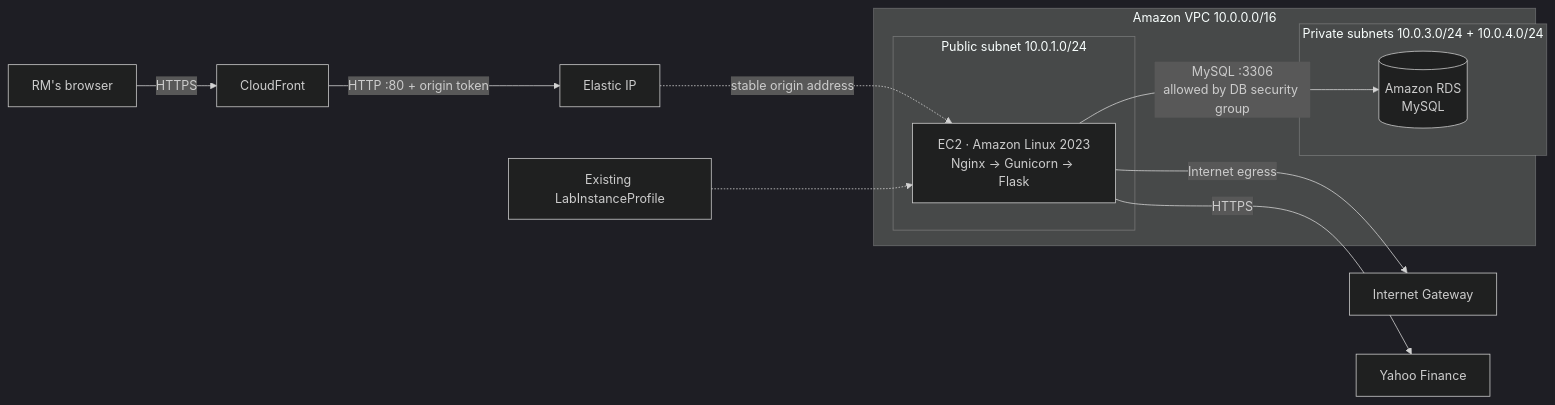
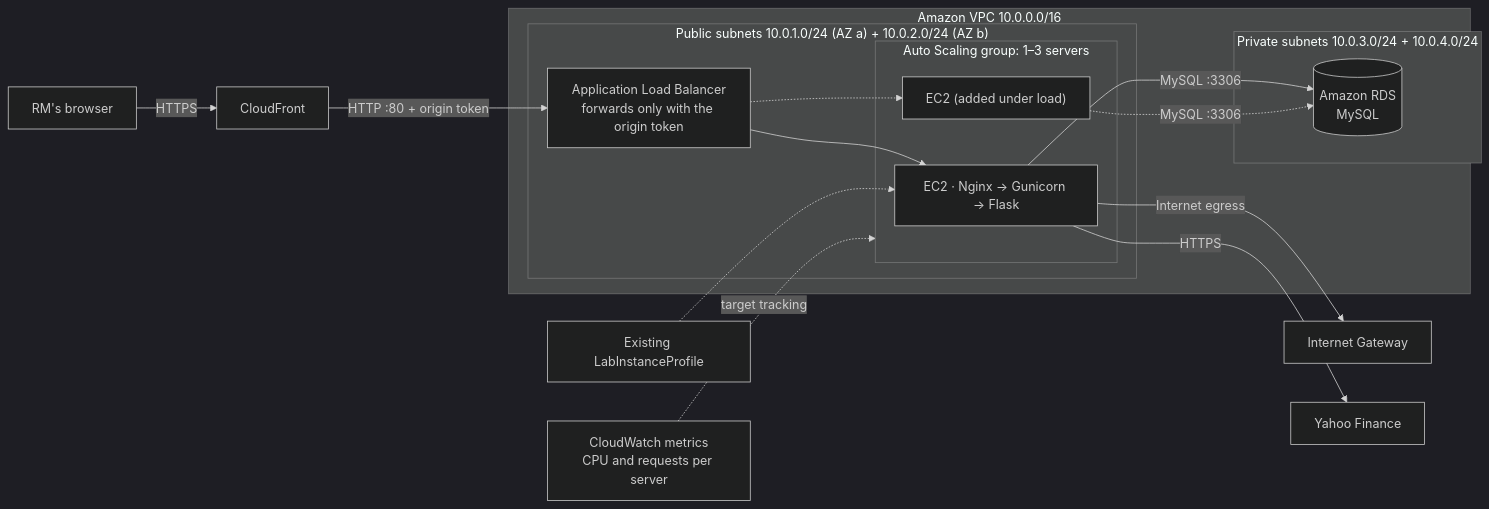
One commit to fazly-effendy/DS600-Group-Proj changed the diagram in README.md. Above: the diagram before and after it, drawn with Mermaid (dark theme). The commit also changed other lines of this file and 12 other files, not shown here.

First line of the commit message:
Feature 6: load balancer and Auto Scaling group in CloudFormation

````diff
--- a/README.md
+++ b/README.md
@@ -37,18 +37,25 @@
 ```mermaid
 flowchart LR
     U[RM's browser] -->|HTTPS| CF[CloudFront]
+    CF -->|HTTP :80 + origin token| ALB
     subgraph VPC["Amazon VPC 10.0.0.0/16"]
-        subgraph PUB["Public subnet 10.0.1.0/24"]
-            EC2["EC2 · Amazon Linux 2023<br/>Nginx → Gunicorn → Flask"]
+        subgraph PUB["Public subnets 10.0.1.0/24 (AZ a) + 10.0.2.0/24 (AZ b)"]
+            ALB["Application Load Balancer<br/>forwards only with the origin token"]
+            subgraph ASG["Auto Scaling group: 1–3 servers"]
+                EC2a["EC2 · Nginx → Gunicorn → Flask"]
+                EC2b["EC2 (added under load)"]
+            end
         end
         subgraph PRIV["Private subnets 10.0.3.0/24 + 10.0.4.0/24"]
             RDS[("Amazon RDS<br/>MySQL")]
         end
-        EC2 -->|MySQL :3306<br/>allowed by DB security group| RDS
+        ALB --> EC2a
+        ALB -.-> EC2b
+        EC2a -->|MySQL :3306| RDS
+        EC2b -.->|MySQL :3306| RDS
     end
-    EIP["Elastic IP"] -.->|stable origin address| EC2
-    CF -->|HTTP :80 + origin token| EIP
-    EC2 -->|Internet egress| IGW[Internet Gateway]
-    EC2 -->|HTTPS| YF[Yahoo Finance]
-    IAM["Existing LabInstanceProfile"] -.-> EC2
+    CW["CloudWatch metrics<br/>CPU and requests per server"] -.->|target tracking| ASG
+    EC2a -->|Internet egress| IGW[Internet Gateway]
+    EC2a -->|HTTPS| YF[Yahoo Finance]
+    IAM["Existing LabInstanceProfile"] -.-> EC2a
 ```
````
